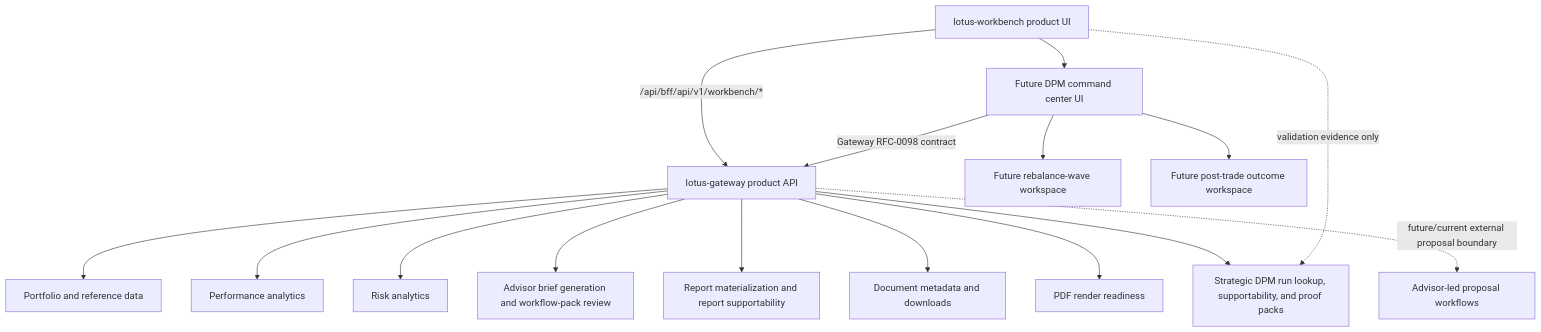
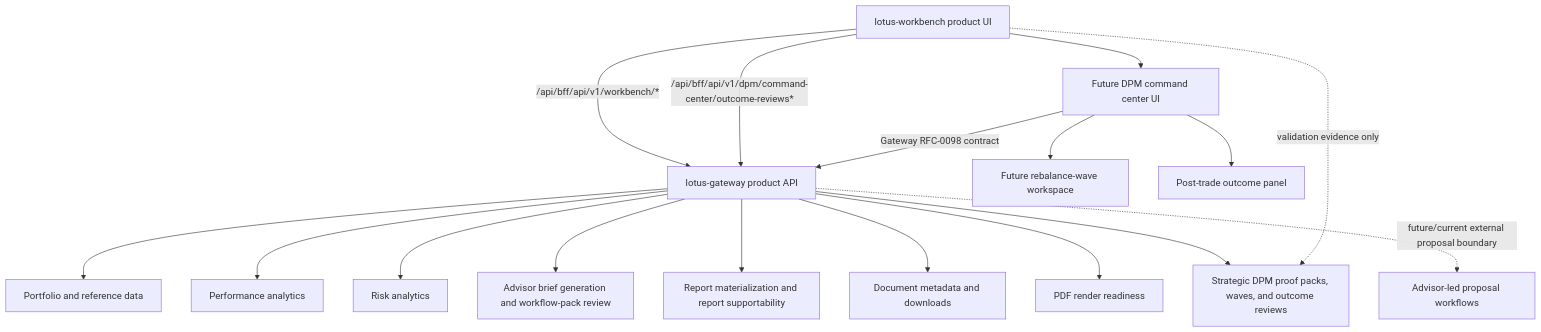
Before and after one commit to sgajbi/advisor-workbench: the diagram in wiki/Integrations.md, drawn with Mermaid. The commit also changed other lines of this file and 19 other files, not shown here.

Commit message:
feat: add RFC42 outcome review workbench panel

````diff
--- a/wiki/Integrations.md
+++ b/wiki/Integrations.md
@@ -79,33 +77,34 @@
 ```mermaid
 flowchart TB
   Workbench[lotus-workbench product UI]
   Gateway[lotus-gateway product API]
   Core[Portfolio and reference data]
   Performance[Performance analytics]
   Risk[Risk analytics]
   AI[Advisor brief generation and workflow-pack review]
   Report[Report materialization and report supportability]
   Archive[Document metadata and downloads]
   Render[PDF render readiness]
-  Manage[Strategic DPM run lookup, supportability, and proof packs]
+  Manage[Strategic DPM proof packs, waves, and outcome reviews]
   Waves[Future rebalance-wave workspace]
-  Outcomes[Future post-trade outcome workspace]
+  Outcomes[Post-trade outcome panel]
   Advise[Advisor-led proposal workflows]
   DpmCenter[Future DPM command center UI]
 
   Workbench -->|/api/bff/api/v1/workbench/*| Gateway
   Workbench --> DpmCenter
+  Workbench -->|/api/bff/api/v1/dpm/command-center/outcome-reviews*| Gateway
   DpmCenter --> Waves
   DpmCenter --> Outcomes
   DpmCenter -->|Gateway RFC-0098 contract| Gateway
   Gateway --> Core
   Gateway --> Performance
   Gateway --> Risk
   Gateway --> AI
   Gateway --> Report
   Gateway --> Archive
   Gateway --> Render
   Gateway --> Manage
   Gateway -. future/current external proposal boundary .-> Advise
   Workbench -. validation evidence only .-> Manage
 ```
````
